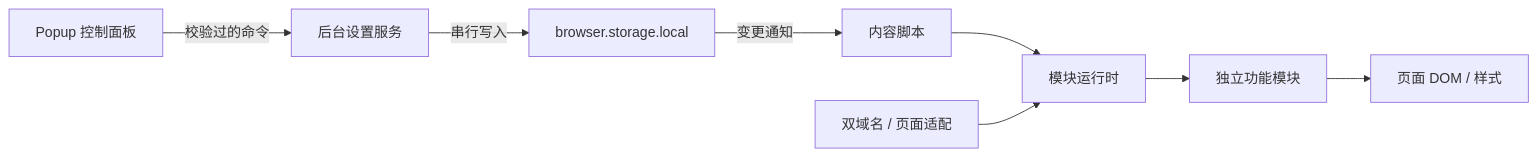
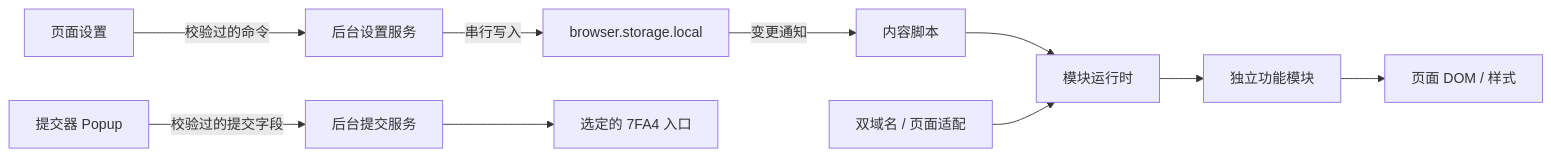
The diagram in docs/architecture.md (DestinyleSnowy/Asterveil), drawn with Mermaid before and after one commit. The commit also changed other lines of this file and 55 other files, not shown here.

````diff
--- a/docs/architecture.md
+++ b/docs/architecture.md
@@ -29,10 +48,12 @@
 ```mermaid
 flowchart LR
-  UI[Popup 控制面板] -->|校验过的命令| BG[后台设置服务]
+  UI[页面设置] -->|校验过的命令| BG[后台设置服务]
   BG -->|串行写入| ST[browser.storage.local]
   ST -->|变更通知| CS[内容脚本]
   CS --> RT[模块运行时]
   SITE[双域名 / 页面适配] --> RT
   RT --> M[独立功能模块]
   M --> DOM[页面 DOM / 样式]
+  POP[提交器 Popup] -->|校验过的提交字段| SUB[后台提交服务]
+  SUB --> API[选定的 7FA4 入口]
 ```
````
